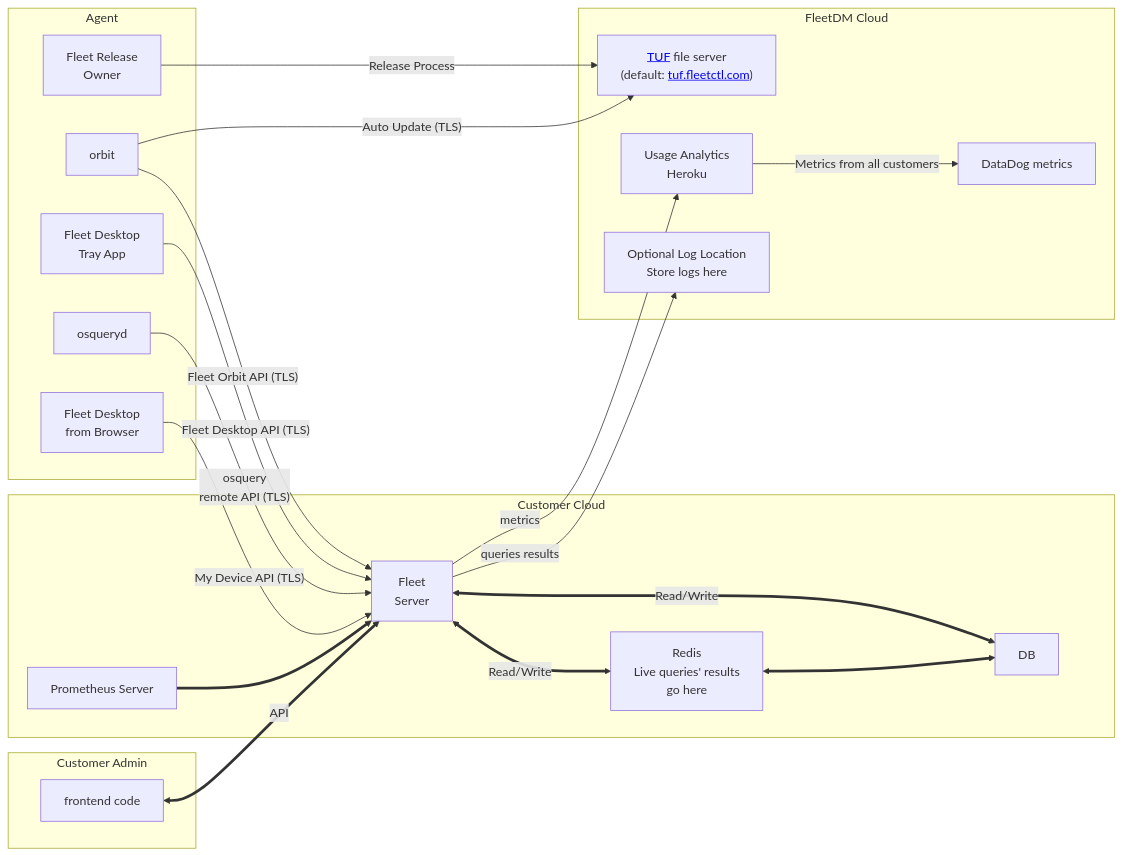
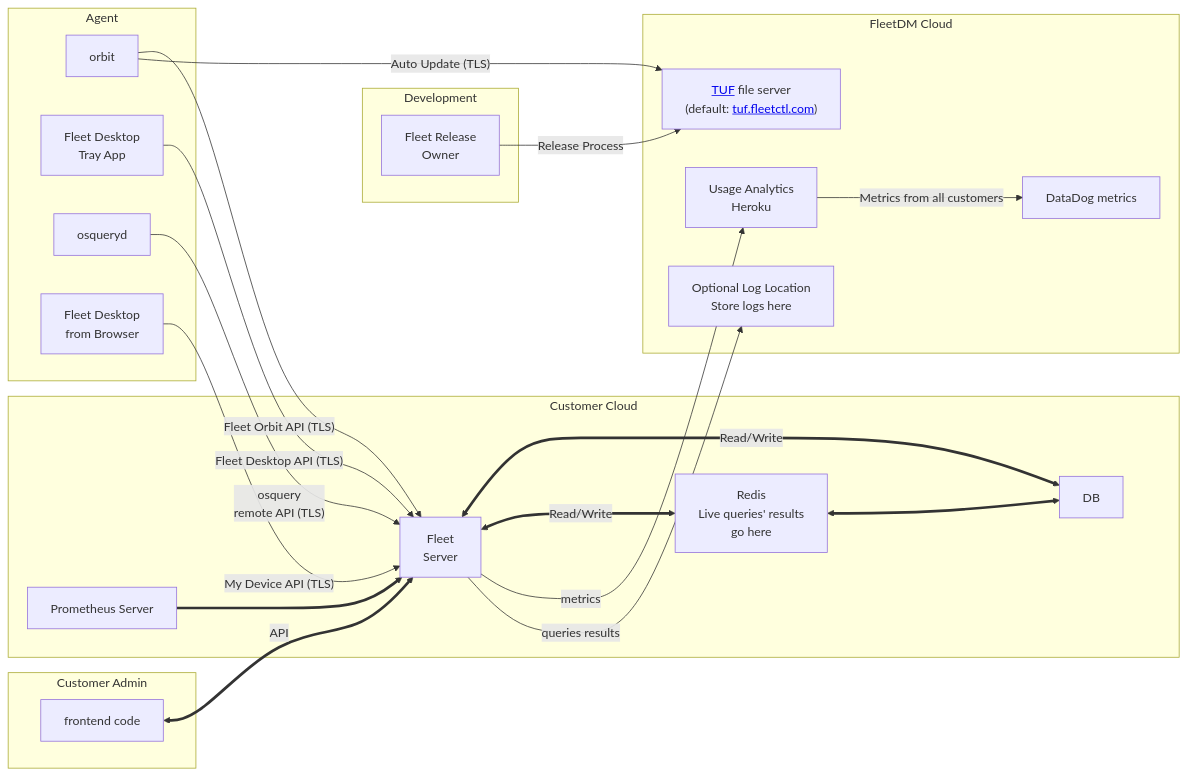
One commit to fleetdm/fleet changed the first of 6 diagrams in docs/Contributing/high-level-architecture.md. Above: the diagram before and after it, drawn with Mermaid.

````diff
--- a/docs/Contributing/high-level-architecture.md
+++ b/docs/Contributing/high-level-architecture.md
@@ -12,54 +12,54 @@
 ```mermaid
 graph LR;
     
-    subgraph Agent
+    subgraph Development
         fleet_release_owner[Fleet Release<br>Owner];
     end
 
     subgraph Agent
         orbit[orbit];
         desktop[Fleet Desktop<br>Tray App];
         osqueryd[osqueryd];
         desktop_browser[Fleet Desktop<br> from Browser];
     end
 
     subgraph Customer Cloud
         fleet_server[Fleet<br>Server];
         db[DB];
         redis[Redis<br>Live queries' results <br>go here];
         prometheus[Prometheus Server];
     end
 
     subgraph FleetDM Cloud
         tuf["<a href=https://theupdateframework.io/>TUF</a> file server<br>(default: <a href=https://tuf.fleetctl.com>tuf.fleetctl.com</a>)"];
         datadog[DataDog metrics]
         heroku[Usage Analytics<br>Heroku]
         log[Optional Log Location<br>Store logs here]
     end
 
     subgraph Customer Admin
         frontend[frontend code]
     end
 
 
     fleet_release_owner -- "Release Process" --> tuf;
 
     orbit -- "Fleet Orbit API (TLS)" --> fleet_server;
     orbit -- "Auto Update (TLS)" --> tuf;
     desktop -- "Fleet Desktop API (TLS)" --> fleet_server;
     osqueryd -- "osquery<br>remote API (TLS)" --> fleet_server;
     desktop_browser -- "My Device API (TLS)" --> fleet_server;
 
     heroku -- "Metrics from all customers" --> datadog;
 
     fleet_server <== "Read/Write" ==> db;
     fleet_server <== "Read/Write" ==> redis;
     redis <==> db;
 
     prometheus ==> fleet_server;
     fleet_server -- "metrics" --> heroku;
     fleet_server -- "queries results" --> log;
 
     frontend <== "API" ==> fleet_server;
 
 ```
````
